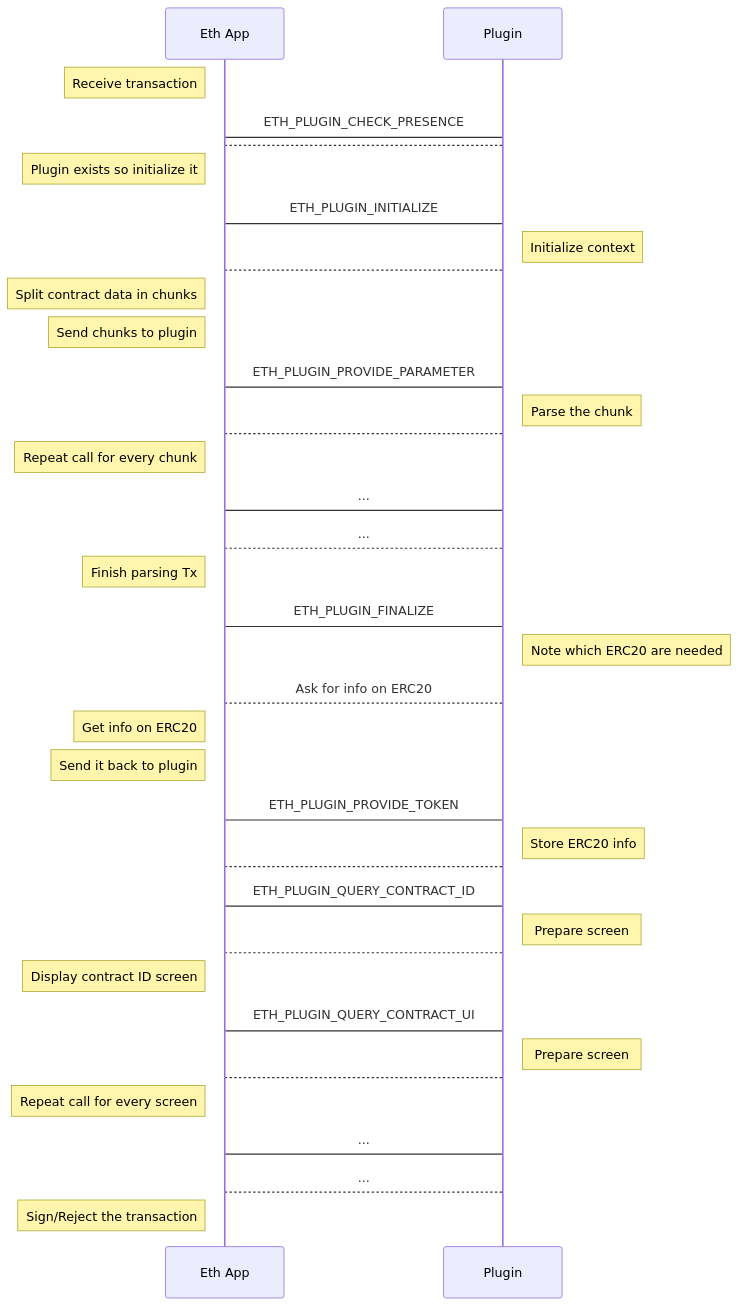
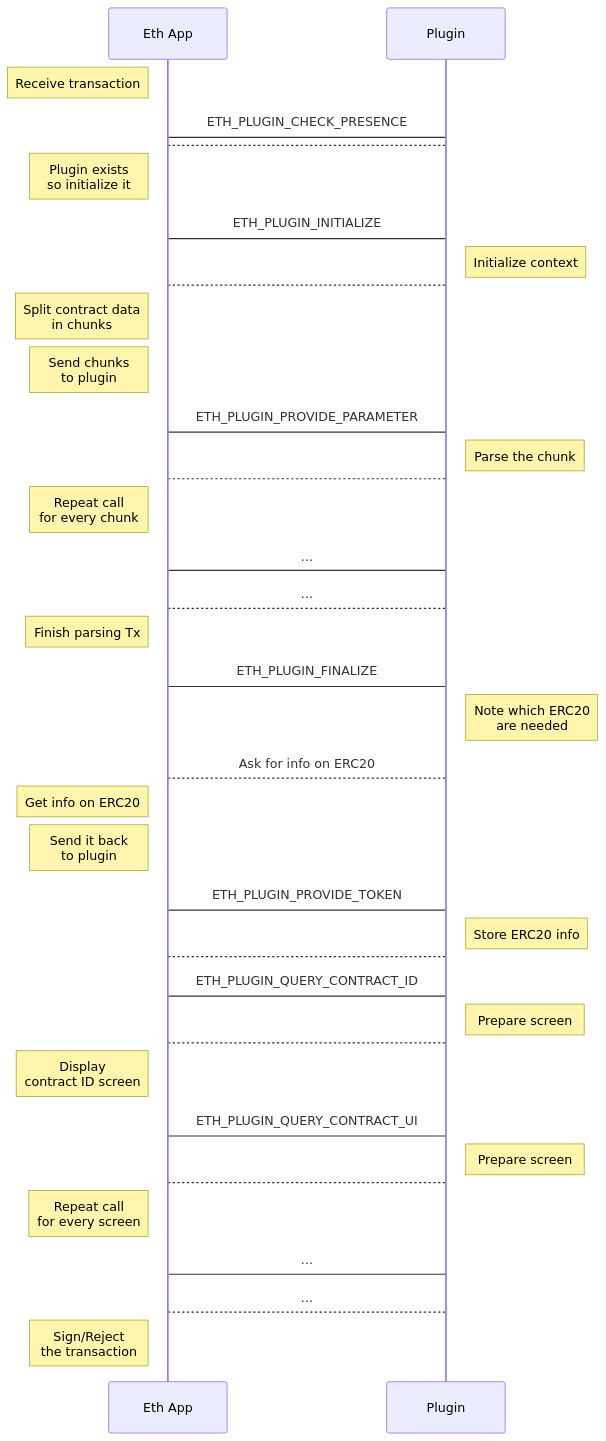
Before and after one commit to vbaconnet-ledger/developer-portal: the diagram in _docs/dapp/nano-plugin/flow.md, drawn with Mermaid. The commit also changed 2 other files, not shown here.

Commit message:
added line break

```diff
--- a/_docs/dapp/nano-plugin/flow.md
+++ b/_docs/dapp/nano-plugin/flow.md
@@ -13,38 +13,38 @@
 <div class="mermaid"> 
 sequenceDiagram 
     Note left of Eth App: Receive transaction 
     Eth App -> Plugin: ETH_PLUGIN_CHECK_PRESENCE 
     Plugin --> Eth App: 
-    Note left of Eth App: Plugin exists so initialize it 
+    Note left of Eth App: Plugin exists<br>so initialize it 
     Eth App -> Plugin: ETH_PLUGIN_INITIALIZE 
     Note right of Plugin: Initialize context 
     Plugin --> Eth App: 
-    Note left of Eth App: Split contract data in chunks 
-    Note left of Eth App: Send chunks to plugin 
+    Note left of Eth App: Split contract data<br>in chunks 
+    Note left of Eth App: Send chunks<br>to plugin 
     Eth App -> Plugin: ETH_PLUGIN_PROVIDE_PARAMETER 
     Note right of Plugin: Parse the chunk 
     Plugin --> Eth App: 
-    Note left of Eth App: Repeat call for every chunk 
+    Note left of Eth App: Repeat call<br>for every chunk 
     Eth App -> Plugin: ... 
     Plugin --> Eth App: ... 
     Note left of Eth App: Finish parsing Tx 
     Eth App -> Plugin: ETH_PLUGIN_FINALIZE 
-    Note right of Plugin: Note which ERC20 are needed 
+    Note right of Plugin: Note which ERC20<br>are needed 
     Plugin --> Eth App: Ask for info on ERC20 
     Note left of Eth App: Get info on ERC20 
-    Note left of Eth App: Send it back to plugin 
+    Note left of Eth App: Send it back<br>to plugin 
     Eth App -> Plugin: ETH_PLUGIN_PROVIDE_TOKEN 
     Note right of Plugin: Store ERC20 info 
     Plugin --> Eth App: 
     Eth App -> Plugin: ETH_PLUGIN_QUERY_CONTRACT_ID 
     Note right of Plugin: Prepare screen 
     Plugin --> Eth App: 
-    Note left of Eth App: Display contract ID screen 
+    Note left of Eth App: Display<br>contract ID screen 
     Eth App -> Plugin: ETH_PLUGIN_QUERY_CONTRACT_UI 
     Note right of Plugin: Prepare screen 
     Plugin --> Eth App: 
-    Note left of Eth App: Repeat call for every screen 
+    Note left of Eth App: Repeat call<br>for every screen 
     Eth App -> Plugin: ... 
     Plugin --> Eth App: ... 
-    Note left of Eth App: Sign/Reject the transaction 
+    Note left of Eth App: Sign/Reject<br>the transaction 
 </div> 
```
